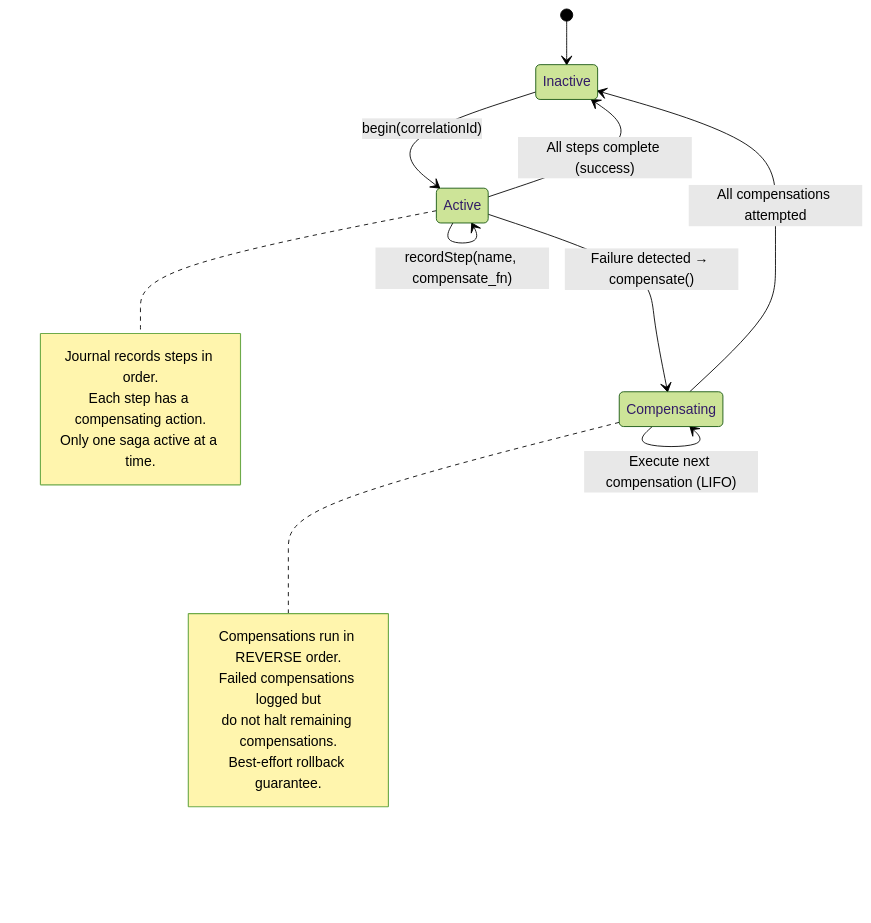
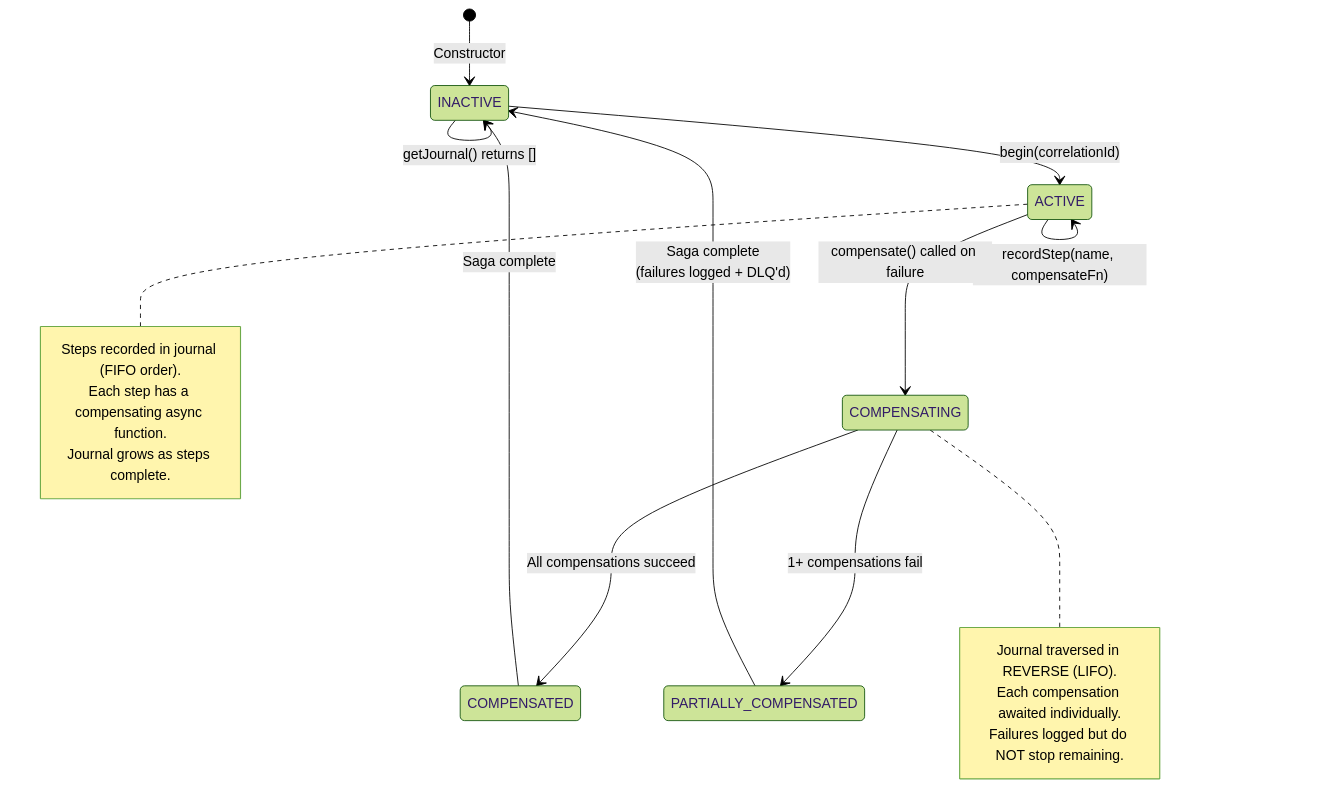
Before and after one commit to srikanth-nalam/dfw-automation-pipeline: the ninth of 10 diagrams in docs/LLD.md, drawn with Mermaid (forest theme). The commit also changed other lines of this file and 5 other files, not shown here.

First line of the commit message:
feat: update schemas, OpenAPI spec, and docs for production alignment

````diff
--- a/docs/LLD.md
+++ b/docs/LLD.md
@@ -717,29 +1398,28 @@
 ```mermaid
 stateDiagram-v2
-    [*] --> Inactive
+    [*] --> INACTIVE: Constructor
 
-    Inactive --> Active : begin(correlationId)
+    INACTIVE --> ACTIVE: begin(correlationId)
+    INACTIVE --> INACTIVE: getJournal() returns []
 
-    Active --> Active : recordStep(name, compensate_fn)
+    ACTIVE --> ACTIVE: recordStep(name, compensateFn)
+    ACTIVE --> COMPENSATING: compensate() called on failure
 
-    Active --> Compensating : Failure detected → compensate()
+    COMPENSATING --> COMPENSATED: All compensations succeed
+    COMPENSATING --> PARTIALLY_COMPENSATED: 1+ compensations fail
 
-    Compensating --> Compensating : Execute next compensation (LIFO)
+    COMPENSATED --> INACTIVE: Saga complete
+    PARTIALLY_COMPENSATED --> INACTIVE: Saga complete<br/>(failures logged + DLQ'd)
 
-    Compensating --> Inactive : All compensations attempted
-
-    Active --> Inactive : All steps complete (success)
-
-    note right of Active
-        Journal records steps in order.
-        Each step has a compensating action.
-        Only one saga active at a time.
+    note right of ACTIVE
+        Steps recorded in journal (FIFO order).
+        Each step has a compensating async function.
+        Journal grows as steps complete.
     end note
 
-    note right of Compensating
-        Compensations run in REVERSE order.
-        Failed compensations logged but
-        do not halt remaining compensations.
-        Best-effort rollback guarantee.
+    note right of COMPENSATING
+        Journal traversed in REVERSE (LIFO).
+        Each compensation awaited individually.
+        Failures logged but do NOT stop remaining.
     end note
 ```
````
